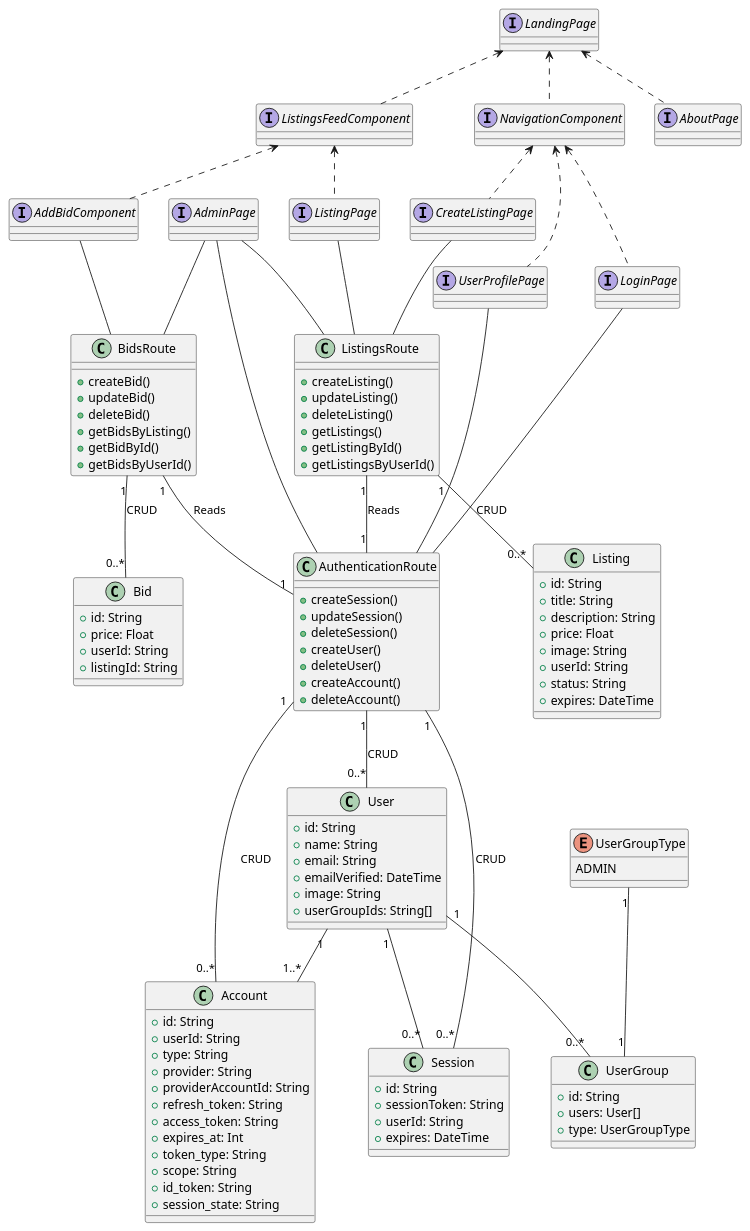
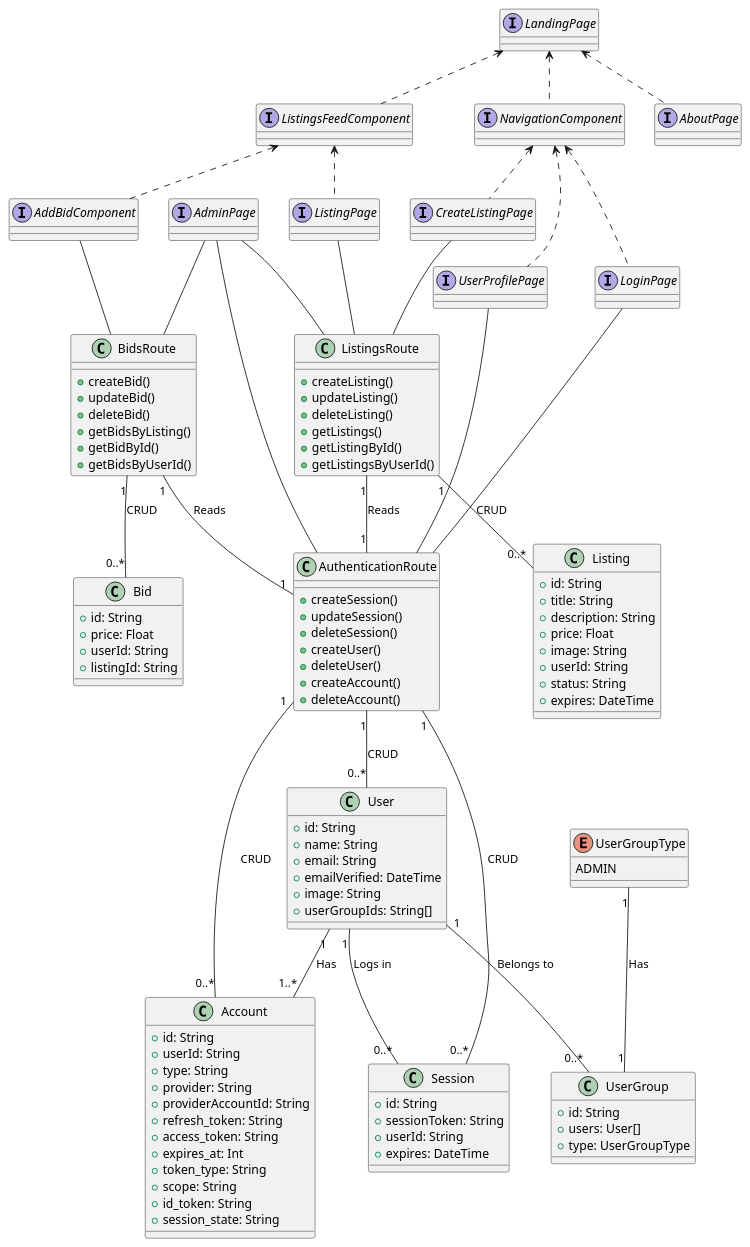
The diagram in uml/class_diagram.puml (martinmiglio/CS471-Project), drawn with PlantUML before and after one commit.

Commit message:
add connection labels to entities

```diff
--- a/uml/class_diagram.puml
+++ b/uml/class_diagram.puml
@@ -1,148 +1,148 @@
 @startuml ClassDiagram
 
 class Account {
   +id: String
   +userId: String
   +type: String
   +provider: String
   +providerAccountId: String
   +refresh_token: String
   +access_token: String
   +expires_at: Int
   +token_type: String
   +scope: String
   +id_token: String
   +session_state: String
 }
 
 class Session {
   +id: String
   +sessionToken: String
   +userId: String
   +expires: DateTime
 }
 
 class User {
   +id: String
   +name: String
   +email: String
   +emailVerified: DateTime
   +image: String
   +userGroupIds: String[]
 }
 
 class Listing {
   +id: String
   +title: String
   +description: String
   +price: Float
   +image: String
   +userId: String
   +status: String
   +expires: DateTime
 }
 
 class Bid {
   +id: String
   +price: Float
   +userId: String
   +listingId: String
 }
 enum UserGroupType {
   ADMIN
 }
 
 class UserGroup {
   +id: String
   +users: User[]
   +type: UserGroupType
 }
 
 ' associations between entities
-UserGroupType "1" -- "1" UserGroup
-User "1" -- "0..*" Session
-User "1" -- "1..*" Account
-User "1" -- "0..*" UserGroup
+UserGroupType "1" -- "1" UserGroup : Has
+User "1" -- "0..*" Session : Logs in
+User "1" -- "1..*" Account : Has
+User "1" -- "0..*" UserGroup : Belongs to
 
 
 
 class ListingsRoute {
   +createListing()
   +updateListing()
   +deleteListing()
   +getListings()
   +getListingById()
   +getListingsByUserId()
 }
 
 class AuthenticationRoute {
   +createSession()
   +updateSession()
   +deleteSession()
   +createUser()
   +deleteUser()
   +createAccount()
   +deleteAccount()
 }
 
 class BidsRoute {
   +createBid()
   +updateBid()
   +deleteBid()
   +getBidsByListing()
   +getBidById()
   +getBidsByUserId()
 }
 
 ' associations between routes and entities
 AuthenticationRoute "1" -- "0..*" Session : CRUD
 AuthenticationRoute "1" -- "0..*" User : CRUD
 AuthenticationRoute "1" -- "0..*" Account : CRUD
 
 ListingsRoute "1" -- "0..*" Listing : CRUD
 ListingsRoute "1" -- "1" AuthenticationRoute : Reads
 
 BidsRoute "1" -- "0..*" Bid : CRUD
 BidsRoute "1" -- "1" AuthenticationRoute : Reads
 
 
 interface LandingPage
 interface AboutPage
 interface LoginPage
 interface ListingPage
 interface CreateListingPage
 interface UserProfilePage
 interface AdminPage
 interface NavigationComponent
 interface ListingsFeedComponent
 interface AddBidComponent
 
 
 ' dependency graph of pages and components
 LandingPage <.. AboutPage
 LandingPage <.. NavigationComponent
 LandingPage <.. ListingsFeedComponent
 
 NavigationComponent <.. LoginPage
 NavigationComponent <.. CreateListingPage
 NavigationComponent <.. UserProfilePage
 
 ListingsFeedComponent <.. AddBidComponent
 ListingsFeedComponent <.. ListingPage
 
 
 ' these are the routes that the pages and components are connected to
 ' these connections im unsure of how to represent
 LoginPage -- AuthenticationRoute
 ListingPage -- ListingsRoute
 CreateListingPage -- ListingsRoute
 UserProfilePage -- AuthenticationRoute
 AdminPage -- AuthenticationRoute
 AdminPage -- ListingsRoute
 AdminPage -- BidsRoute
 AddBidComponent -- BidsRoute
 
 
 
 
 @enduml
```
